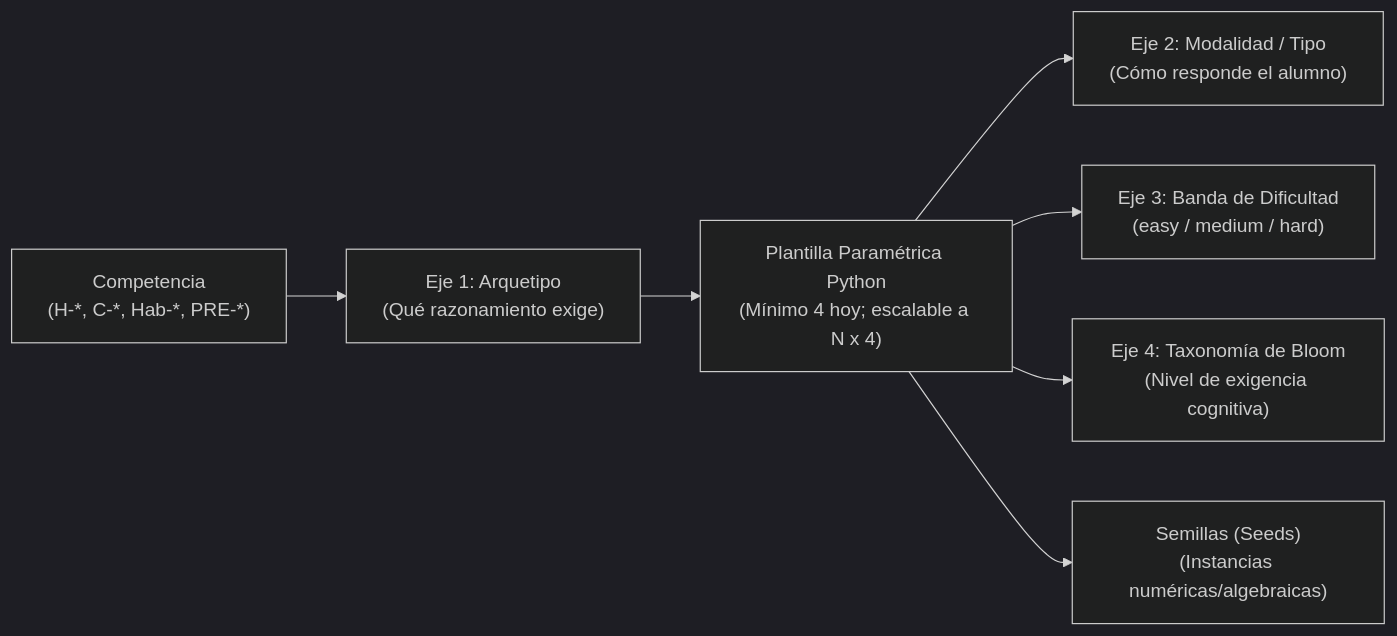
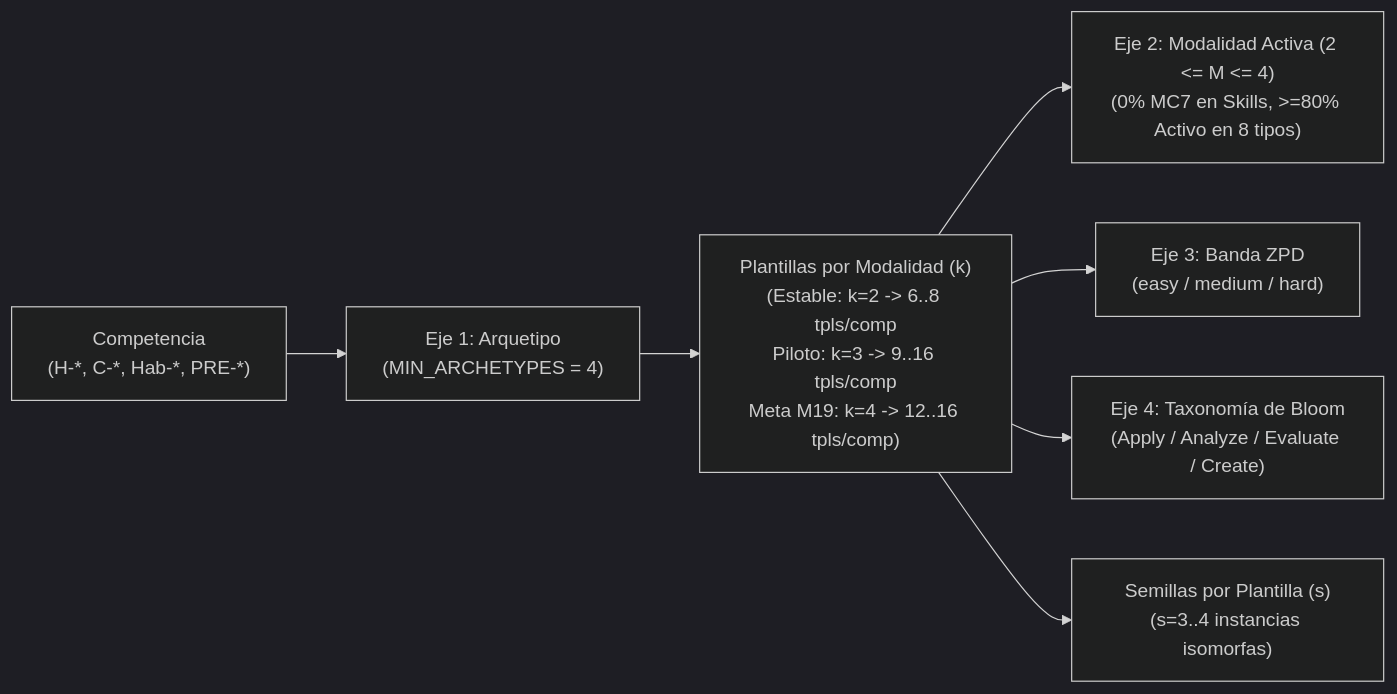
The diagram in docs/specs/sintesis_plantillas_arquetipos.md (aguerta/Tops_academy), drawn with Mermaid (dark theme) before and after one commit. The commit also changed other lines of this file and 7 other files, not shown here.

Commit message:
docs(roadmap): add M8 FSRS-5/6 spec, sync M14-B/M16-Z3/M18/M19 roadmap and mirrors

````diff
--- a/docs/specs/sintesis_plantillas_arquetipos.md
+++ b/docs/specs/sintesis_plantillas_arquetipos.md
@@ -13,9 +14,9 @@
 ```mermaid
 flowchart LR
-    C["Competencia\n(H-*, C-*, Hab-*, PRE-*)"] --> A["Eje 1: Arquetipo\n(Qué razonamiento exige)"]
-    A --> T["Plantilla Paramétrica Python\n(Mínimo 4 hoy; escalable a N x 4)"]
-    T --> M["Eje 2: Modalidad / Tipo\n(Cómo responde el alumno)"]
-    T --> D["Eje 3: Banda de Dificultad\n(easy / medium / hard)"]
-    T --> B["Eje 4: Taxonomía de Bloom\n(Nivel de exigencia cognitiva)"]
-    T --> S["Semillas (Seeds)\n(Instancias numéricas/algebraicas)"]
+    C["Competencia\n(H-*, C-*, Hab-*, PRE-*)"] --> A["Eje 1: Arquetipo\n(MIN_ARCHETYPES = 4)"]
+    A --> T["Plantillas por Modalidad (k)\n(Estable: k=2 -> 6..8 tpls/comp\nPiloto: k=3 -> 9..16 tpls/comp\nMeta M19: k=4 -> 12..16 tpls/comp)"]
+    T --> M["Eje 2: Modalidad Activa (2 <= M <= 4)\n(0% MC7 en Skills, >=80% Activo en 8 tipos)"]
+    T --> D["Eje 3: Banda ZPD\n(easy / medium / hard)"]
+    T --> B["Eje 4: Taxonomía de Bloom\n(Apply / Analyze / Evaluate / Create)"]
+    T --> S["Semillas por Plantilla (s)\n(s=3..4 instancias isomorfas)"]
 ```
````
